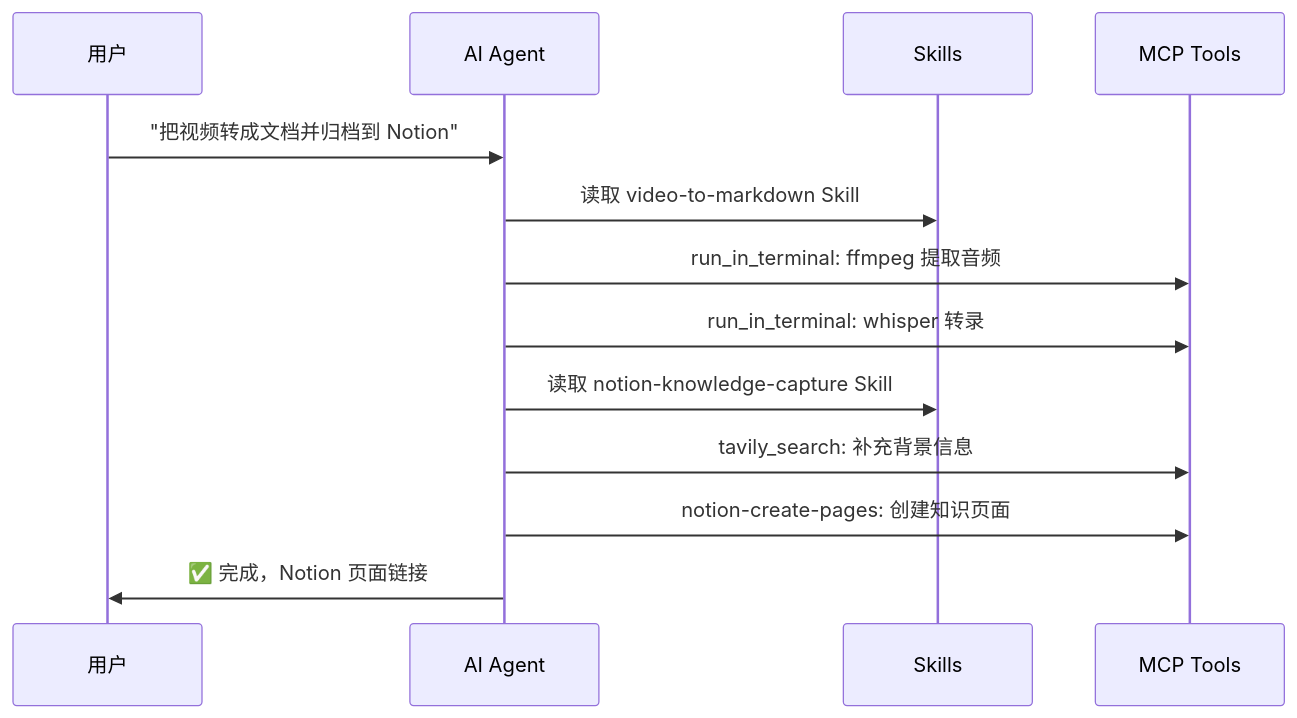
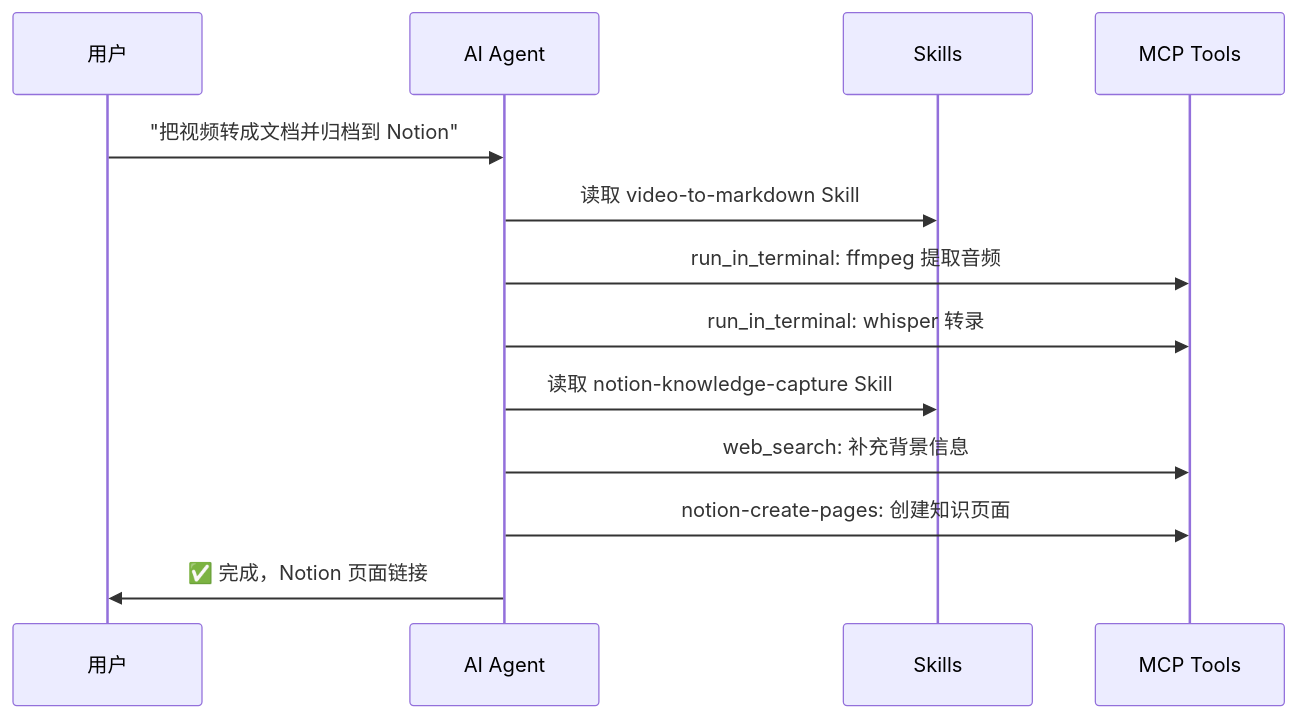
Before and after one commit to nblog/video2doc: the second of 2 diagrams in README.md, drawn with Mermaid. The commit also changed other lines of this file and 1 other file, not shown here.

````diff
--- a/README.md
+++ b/README.md
@@ -104,16 +104,16 @@
 ```mermaid
 sequenceDiagram
     participant U as 用户
     participant A as AI Agent
     participant S as Skills
     participant T as MCP Tools
 
     U->>A: "把视频转成文档并归档到 Notion"
     A->>S: 读取 video-to-markdown Skill
     A->>T: run_in_terminal: ffmpeg 提取音频
     A->>T: run_in_terminal: whisper 转录
     A->>S: 读取 notion-knowledge-capture Skill
-    A->>T: tavily_search: 补充背景信息
+    A->>T: web_search: 补充背景信息
     A->>T: notion-create-pages: 创建知识页面
     A->>U: ✅ 完成，Notion 页面链接
 ```
````
